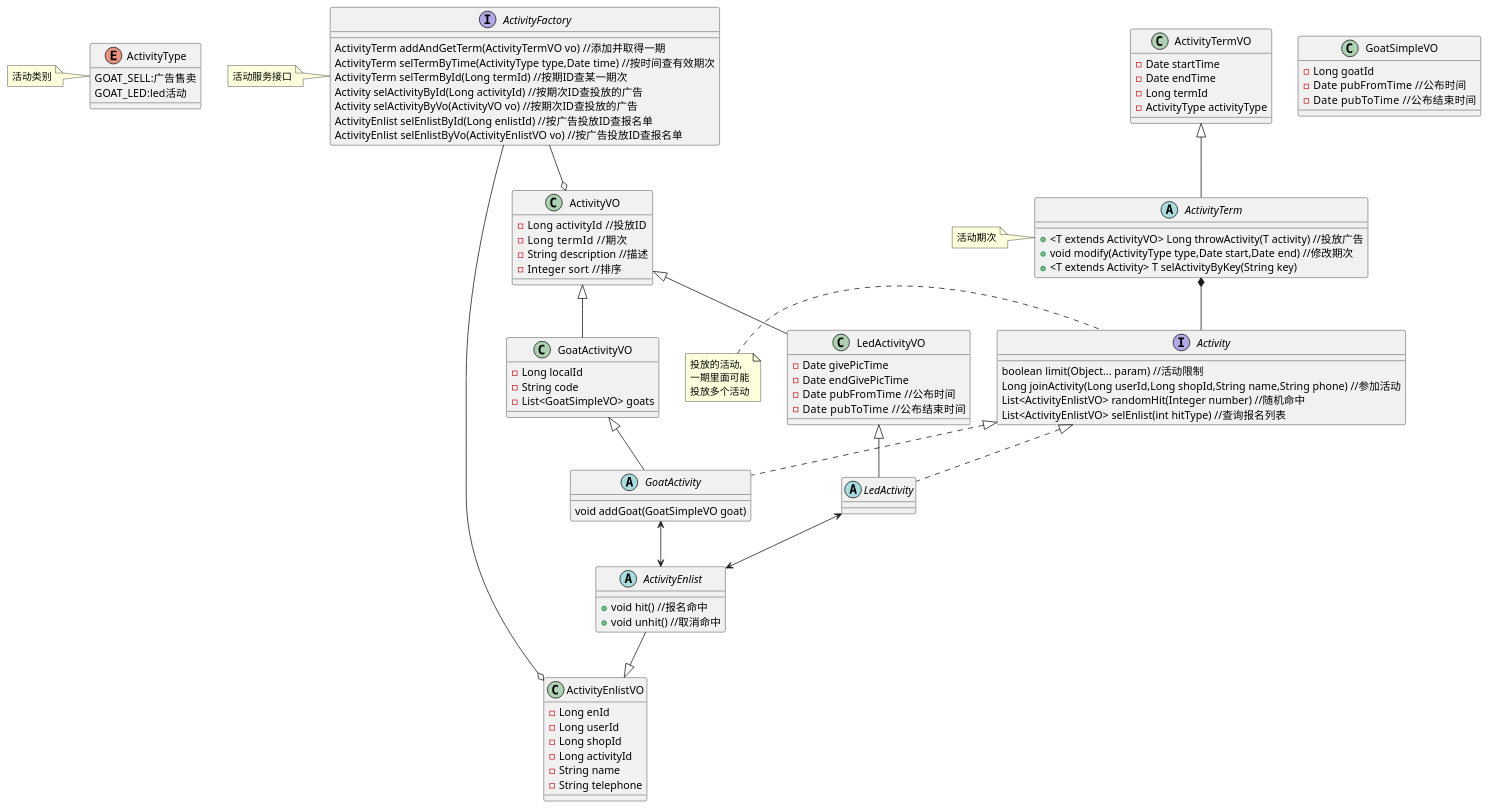
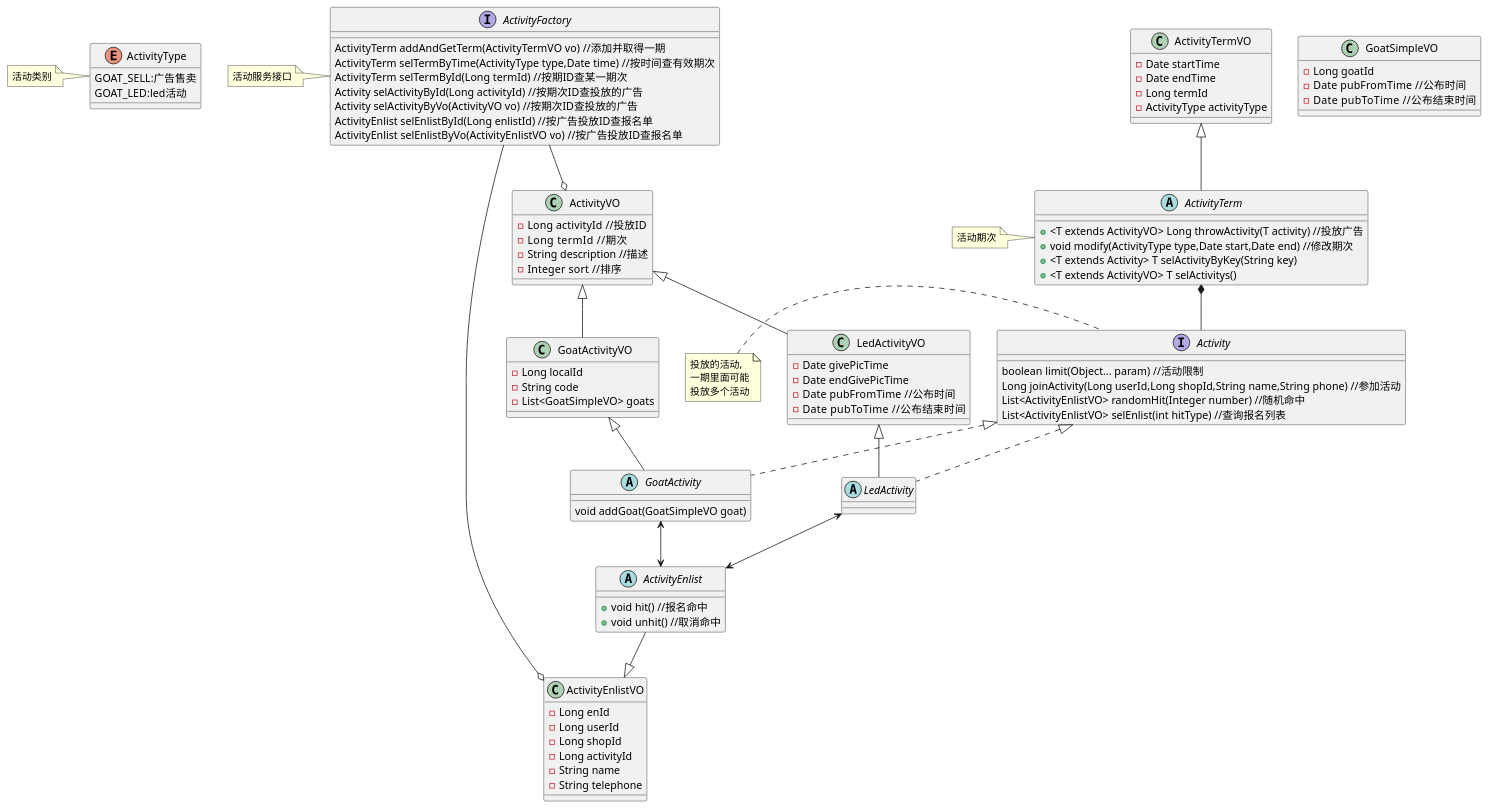
One commit to pogy/main-pom changed the diagram in main4-spread/main4-spread-api/src/main/resources/activity_class.puml. Above: the diagram before and after it, drawn with PlantUML. The commit also changed 5 other files, not shown here.

```diff
--- a/main4-spread/main4-spread-api/src/main/resources/activity_class.puml
+++ b/main4-spread/main4-spread-api/src/main/resources/activity_class.puml
@@ -1,111 +1,112 @@
 @startuml
 
 enum ActivityType{
 GOAT_SELL:广告售卖
 GOAT_LED:led活动
 }
 
 note left of ActivityType:活动类别
 
 abstract class ActivityTerm{
 +<T extends ActivityVO> Long throwActivity(T activity) //投放广告
 +void modify(ActivityType type,Date start,Date end) //修改期次
 +<T extends Activity> T selActivityByKey(String key)
++<T extends ActivityVO> T selActivitys()
 }
 
 class ActivityTermVO{
 -Date startTime
 -Date endTime
 -Long termId
 -ActivityType activityType
 }
 
 note left of ActivityTerm:活动期次
 
 interface Activity{
 boolean limit(Object... param) //活动限制
 Long joinActivity(Long userId,Long shopId,String name,String phone) //参加活动
 List<ActivityEnlistVO> randomHit(Integer number) //随机命中
 List<ActivityEnlistVO> selEnlist(int hitType) //查询报名列表
 }
 
 note left of Activity:投放的活动,\n一期里面可能\n投放多个活动
 
 abstract class GoatActivity{
  void addGoat(GoatSimpleVO goat)
 }
 
 class ActivityVO{
 -Long activityId  //投放ID
 -Long termId   //期次
 -String description //描述
 -Integer sort  //排序
 }
 
 class GoatActivityVO{
 -Long localId
 -String code
 -List<GoatSimpleVO> goats
 }
 
 class GoatSimpleVO{
 -Long goatId
 -Date pubFromTime  //公布时间
 -Date pubToTime   //公布结束时间
 }
 
 abstract class LedActivity{
 }
 
 class LedActivityVO{
 -Date givePicTime
 -Date endGivePicTime
 -Date pubFromTime  //公布时间
 -Date pubToTime   //公布结束时间
 }
 
 abstract class ActivityEnlist{
 +void hit() //报名命中
 +void unhit() //取消命中
 }
 
 class ActivityEnlistVO{
 -Long enId
 -Long userId
 -Long shopId
 -Long activityId
 -String name
 -String telephone
 }
 
 interface ActivityFactory{
 ActivityTerm addAndGetTerm(ActivityTermVO vo) //添加并取得一期
 ActivityTerm selTermByTime(ActivityType type,Date time) //按时间查有效期次
 ActivityTerm selTermById(Long termId) //按期ID查某一期次
 Activity selActivityById(Long activityId) //按期次ID查投放的广告
 Activity selActivityByVo(ActivityVO vo) //按期次ID查投放的广告
 ActivityEnlist selEnlistById(Long enlistId) //按广告投放ID查报名单
 ActivityEnlist selEnlistByVo(ActivityEnlistVO vo) //按广告投放ID查报名单
 
 }
 
 note left of ActivityFactory:活动服务接口
 Activity <|.. GoatActivity
 
 Activity <|.. LedActivity
 
 ActivityTerm *-- Activity
 
 ActivityTermVO <|--ActivityTerm
 
 GoatActivity <--> ActivityEnlist
 LedActivity <--> ActivityEnlist
 ActivityFactory --o ActivityEnlistVO
 ActivityFactory --o ActivityVO
 ActivityVO <|-- LedActivityVO
 ActivityVO <|-- GoatActivityVO
 
 LedActivityVO <|-- LedActivity
 GoatActivityVO <|-- GoatActivity
 ActivityEnlist --|> ActivityEnlistVO
 @enduml
```
